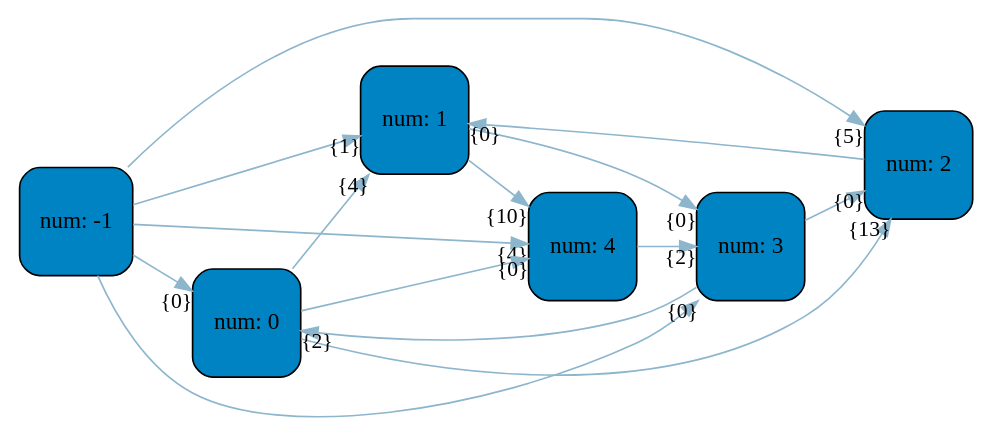
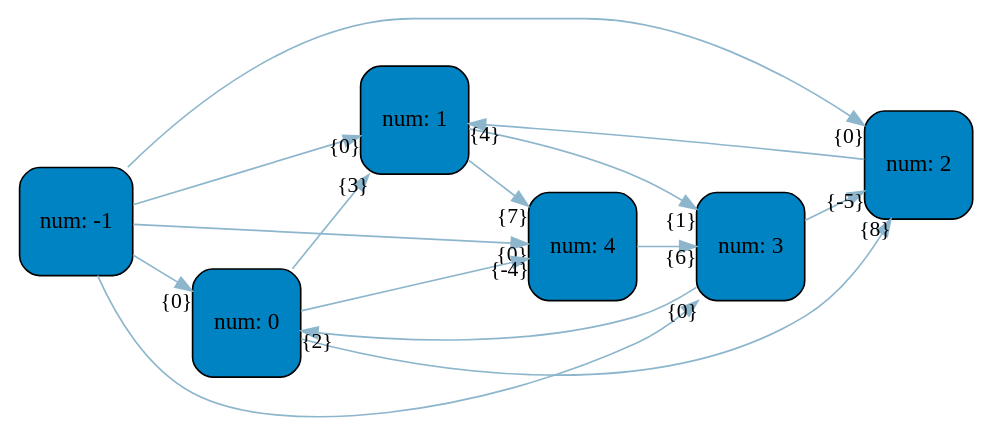
Before and after one commit to MaxGroshev/graph_algorithm: the diagram in jhonson/graphviz_lib/graph_dump.dot, drawn with Graphviz. The commit also changed 3 other files, not shown here.

```diff
--- a/jhonson/graphviz_lib/graph_dump.dot
+++ b/jhonson/graphviz_lib/graph_dump.dot
@@ -1,26 +1,26 @@
 digraph   
 {
 rankdir = "LR"
 splines = "true"
 
 node0x604000000e90 [shape      = "Mrecord", width = 0.9, height = 0.9,  fillcolor   = "#0083C3", style = "filled", fontcolor= " black", fontname = "Calibri", color = "black", label = "{num: -1}"]
 node0x604000000e90 -> node0x604000000e94 [color = "#8DB6CD", style = "", constraint = true, fillcolor = "#8DB6CD",   fontcolor = "", fontname = "Calibri", fontsize = "13", headlabel = "{0}"]
-node0x604000000e90 -> node0x604000000e98 [color = "#8DB6CD", style = "", constraint = true, fillcolor = "#8DB6CD",   fontcolor = "", fontname = "Calibri", fontsize = "13", headlabel = "{1}"]
-node0x604000000e90 -> node0x604000000e9c [color = "#8DB6CD", style = "", constraint = true, fillcolor = "#8DB6CD",   fontcolor = "", fontname = "Calibri", fontsize = "13", headlabel = "{5}"]
+node0x604000000e90 -> node0x604000000e98 [color = "#8DB6CD", style = "", constraint = true, fillcolor = "#8DB6CD",   fontcolor = "", fontname = "Calibri", fontsize = "13", headlabel = "{0}"]
+node0x604000000e90 -> node0x604000000e9c [color = "#8DB6CD", style = "", constraint = true, fillcolor = "#8DB6CD",   fontcolor = "", fontname = "Calibri", fontsize = "13", headlabel = "{0}"]
 node0x604000000e90 -> node0x604000000ea0 [color = "#8DB6CD", style = "", constraint = true, fillcolor = "#8DB6CD",   fontcolor = "", fontname = "Calibri", fontsize = "13", headlabel = "{0}"]
-node0x604000000e90 -> node0x604000000ea4 [color = "#8DB6CD", style = "", constraint = true, fillcolor = "#8DB6CD",   fontcolor = "", fontname = "Calibri", fontsize = "13", headlabel = "{4}"]
+node0x604000000e90 -> node0x604000000ea4 [color = "#8DB6CD", style = "", constraint = true, fillcolor = "#8DB6CD",   fontcolor = "", fontname = "Calibri", fontsize = "13", headlabel = "{0}"]
 node0x604000000e94 [shape      = "Mrecord", width = 0.9, height = 0.9,  fillcolor   = "#0083C3", style = "filled", fontcolor= " black", fontname = "Calibri", color = "black", label = "{num: 0}"]
-node0x604000000e94 -> node0x604000000e98 [color = "#8DB6CD", style = "", constraint = true, fillcolor = "#8DB6CD",   fontcolor = "", fontname = "Calibri", fontsize = "13", headlabel = "{4}"]
-node0x604000000e94 -> node0x604000000e9c [color = "#8DB6CD", style = "", constraint = true, fillcolor = "#8DB6CD",   fontcolor = "", fontname = "Calibri", fontsize = "13", headlabel = "{13}"]
-node0x604000000e94 -> node0x604000000ea4 [color = "#8DB6CD", style = "", constraint = true, fillcolor = "#8DB6CD",   fontcolor = "", fontname = "Calibri", fontsize = "13", headlabel = "{0}"]
+node0x604000000e94 -> node0x604000000e98 [color = "#8DB6CD", style = "", constraint = true, fillcolor = "#8DB6CD",   fontcolor = "", fontname = "Calibri", fontsize = "13", headlabel = "{3}"]
+node0x604000000e94 -> node0x604000000e9c [color = "#8DB6CD", style = "", constraint = true, fillcolor = "#8DB6CD",   fontcolor = "", fontname = "Calibri", fontsize = "13", headlabel = "{8}"]
+node0x604000000e94 -> node0x604000000ea4 [color = "#8DB6CD", style = "", constraint = true, fillcolor = "#8DB6CD",   fontcolor = "", fontname = "Calibri", fontsize = "13", headlabel = "{-4}"]
 node0x604000000e98 [shape      = "Mrecord", width = 0.9, height = 0.9,  fillcolor   = "#0083C3", style = "filled", fontcolor= " black", fontname = "Calibri", color = "black", label = "{num: 1}"]
-node0x604000000e98 -> node0x604000000ea0 [color = "#8DB6CD", style = "", constraint = true, fillcolor = "#8DB6CD",   fontcolor = "", fontname = "Calibri", fontsize = "13", headlabel = "{0}"]
-node0x604000000e98 -> node0x604000000ea4 [color = "#8DB6CD", style = "", constraint = true, fillcolor = "#8DB6CD",   fontcolor = "", fontname = "Calibri", fontsize = "13", headlabel = "{10}"]
+node0x604000000e98 -> node0x604000000ea0 [color = "#8DB6CD", style = "", constraint = true, fillcolor = "#8DB6CD",   fontcolor = "", fontname = "Calibri", fontsize = "13", headlabel = "{1}"]
+node0x604000000e98 -> node0x604000000ea4 [color = "#8DB6CD", style = "", constraint = true, fillcolor = "#8DB6CD",   fontcolor = "", fontname = "Calibri", fontsize = "13", headlabel = "{7}"]
 node0x604000000e9c [shape      = "Mrecord", width = 0.9, height = 0.9,  fillcolor   = "#0083C3", style = "filled", fontcolor= " black", fontname = "Calibri", color = "black", label = "{num: 2}"]
-node0x604000000e9c -> node0x604000000e98 [color = "#8DB6CD", style = "", constraint = true, fillcolor = "#8DB6CD",   fontcolor = "", fontname = "Calibri", fontsize = "13", headlabel = "{0}"]
+node0x604000000e9c -> node0x604000000e98 [color = "#8DB6CD", style = "", constraint = true, fillcolor = "#8DB6CD",   fontcolor = "", fontname = "Calibri", fontsize = "13", headlabel = "{4}"]
 node0x604000000ea0 [shape      = "Mrecord", width = 0.9, height = 0.9,  fillcolor   = "#0083C3", style = "filled", fontcolor= " black", fontname = "Calibri", color = "black", label = "{num: 3}"]
 node0x604000000ea0 -> node0x604000000e94 [color = "#8DB6CD", style = "", constraint = true, fillcolor = "#8DB6CD",   fontcolor = "", fontname = "Calibri", fontsize = "13", headlabel = "{2}"]
-node0x604000000ea0 -> node0x604000000e9c [color = "#8DB6CD", style = "", constraint = true, fillcolor = "#8DB6CD",   fontcolor = "", fontname = "Calibri", fontsize = "13", headlabel = "{0}"]
+node0x604000000ea0 -> node0x604000000e9c [color = "#8DB6CD", style = "", constraint = true, fillcolor = "#8DB6CD",   fontcolor = "", fontname = "Calibri", fontsize = "13", headlabel = "{-5}"]
 node0x604000000ea4 [shape      = "Mrecord", width = 0.9, height = 0.9,  fillcolor   = "#0083C3", style = "filled", fontcolor= " black", fontname = "Calibri", color = "black", label = "{num: 4}"]
-node0x604000000ea4 -> node0x604000000ea0 [color = "#8DB6CD", style = "", constraint = true, fillcolor = "#8DB6CD",   fontcolor = "", fontname = "Calibri", fontsize = "13", headlabel = "{2}"]
+node0x604000000ea4 -> node0x604000000ea0 [color = "#8DB6CD", style = "", constraint = true, fillcolor = "#8DB6CD",   fontcolor = "", fontname = "Calibri", fontsize = "13", headlabel = "{6}"]
 }
```
